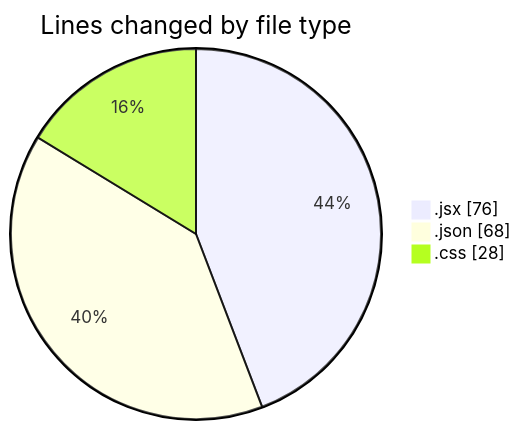
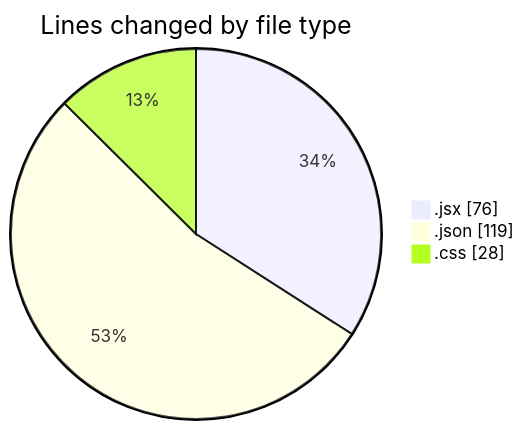
One commit to Elitesun/code-tracking changed the first of 2 diagrams in 2025-01-24/react/README.md. Above: the diagram before and after it, drawn with Mermaid. The commit also changed other lines of this file and 1 other file, not shown here.

````diff
--- a/2025-01-24/react/README.md
+++ b/2025-01-24/react/README.md
@@ -25,7 +26,7 @@
 ```mermaid
 pie showData
 title Lines changed by file type
 ".jsx" : 76
-".json" : 68
+".json" : 119
 ".css" : 28
 ```
````
